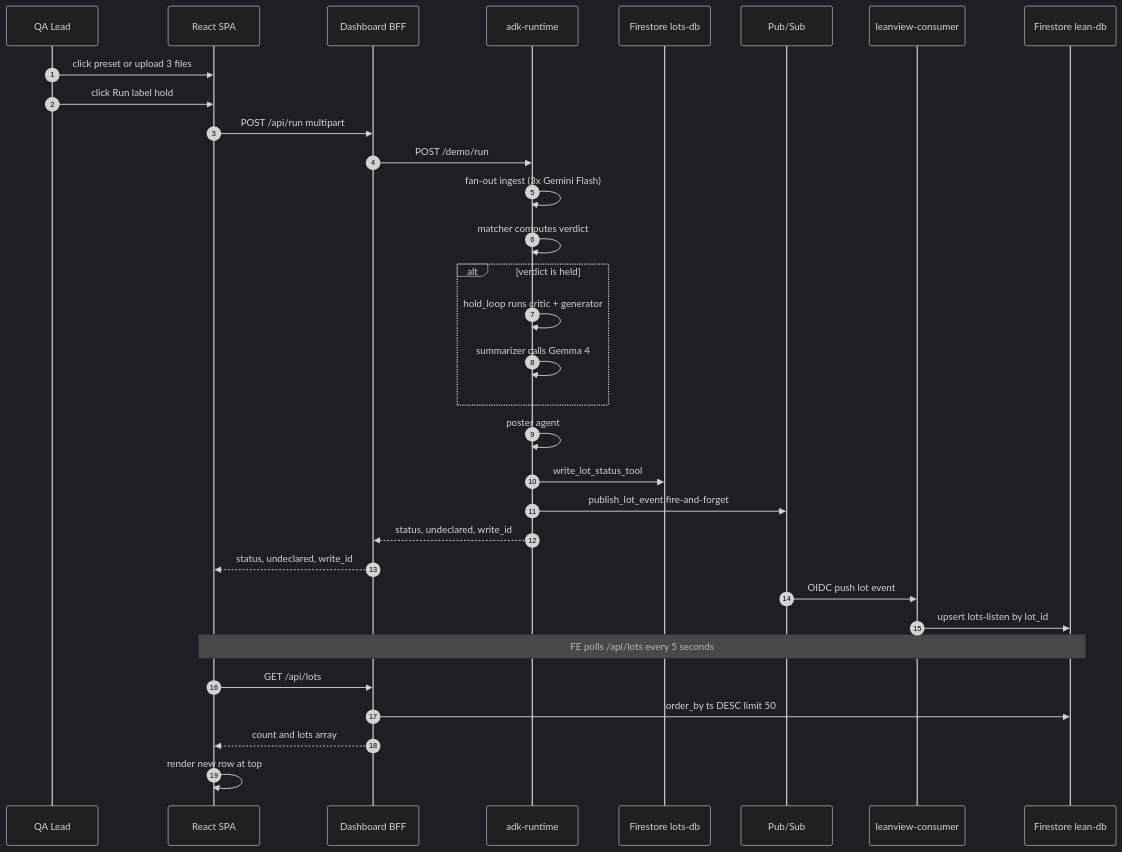
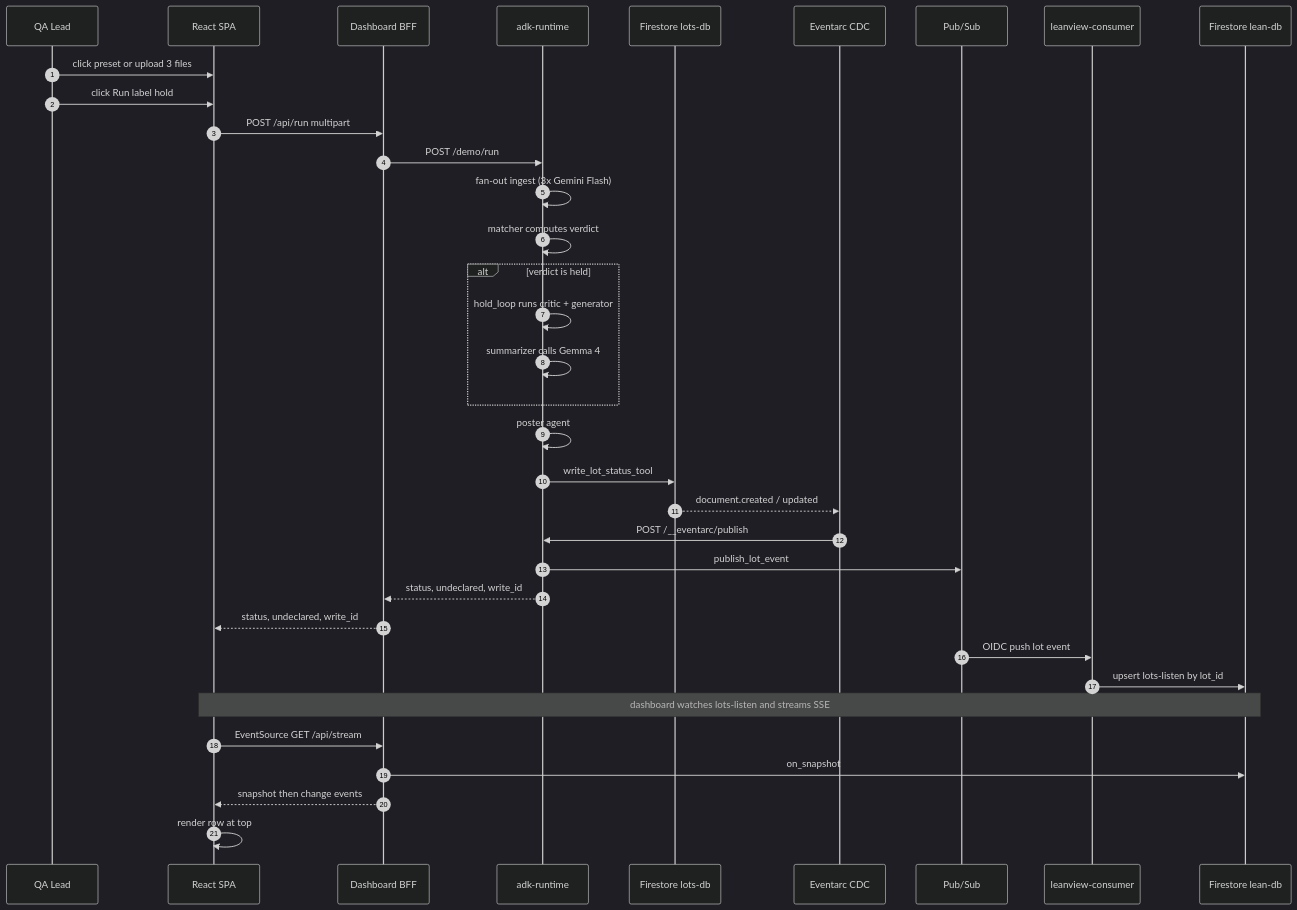
The third of 4 diagrams in README.md (AndreMashukov/label-hold), drawn with Mermaid (dark theme) before and after one commit. The commit also changed other lines of this file and 7 other files, not shown here.

First line of the commit message:
Align docs with CDC-only publish and SSE lean view.

````diff
--- a/README.md
+++ b/README.md
@@ -169,35 +172,38 @@
 ```mermaid
 sequenceDiagram
   autonumber
   participant QA as QA Lead
   participant FE as React SPA
   participant DASH as Dashboard BFF
   participant ADK as adk-runtime
   participant LOTDB as Firestore lots-db
+  participant CDC as Eventarc CDC
   participant BUS as Pub/Sub
   participant CONS as leanview-consumer
   participant LEANDB as Firestore lean-db
 
   QA->>FE: click preset or upload 3 files
   QA->>FE: click Run label hold
   FE->>DASH: POST /api/run multipart
   DASH->>ADK: POST /demo/run
   ADK->>ADK: fan-out ingest (3x Gemini Flash)
   ADK->>ADK: matcher computes verdict
   alt verdict is held
     ADK->>ADK: hold_loop runs critic + generator
     ADK->>ADK: summarizer calls Gemma 4
   end
   ADK->>ADK: poster agent
   ADK->>LOTDB: write_lot_status_tool
-  ADK->>BUS: publish_lot_event fire-and-forget
+  LOTDB-->>CDC: document.created / updated
+  CDC->>ADK: POST /__eventarc/publish
+  ADK->>BUS: publish_lot_event
   ADK-->>DASH: status, undeclared, write_id
   DASH-->>FE: status, undeclared, write_id
   BUS->>CONS: OIDC push lot event
   CONS->>LEANDB: upsert lots-listen by lot_id
-  Note over FE,LEANDB: FE polls /api/lots every 5 seconds
-  FE->>DASH: GET /api/lots
-  DASH->>LEANDB: order_by ts DESC limit 50
-  DASH-->>FE: count and lots array
-  FE->>FE: render new row at top
+  Note over FE,LEANDB: dashboard watches lots-listen and streams SSE
+  FE->>DASH: EventSource GET /api/stream
+  DASH->>LEANDB: on_snapshot
+  DASH-->>FE: snapshot then change events
+  FE->>FE: render row at top
 ```
````
